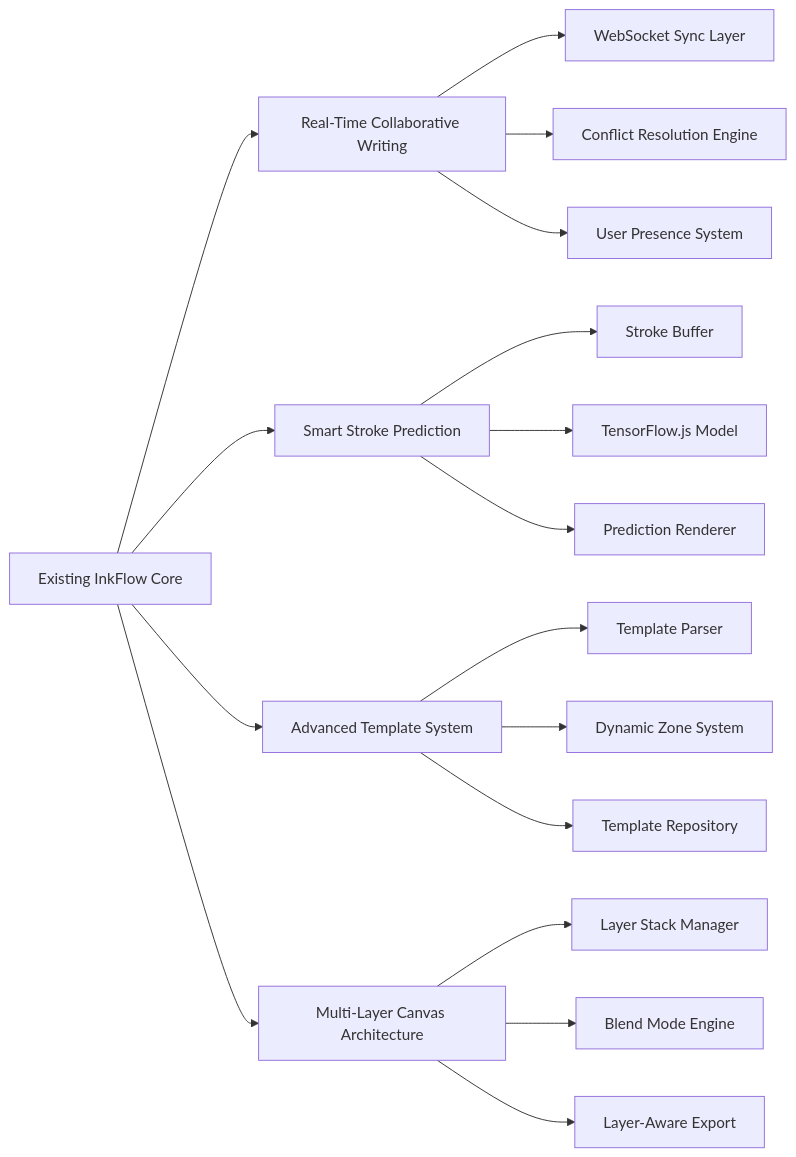
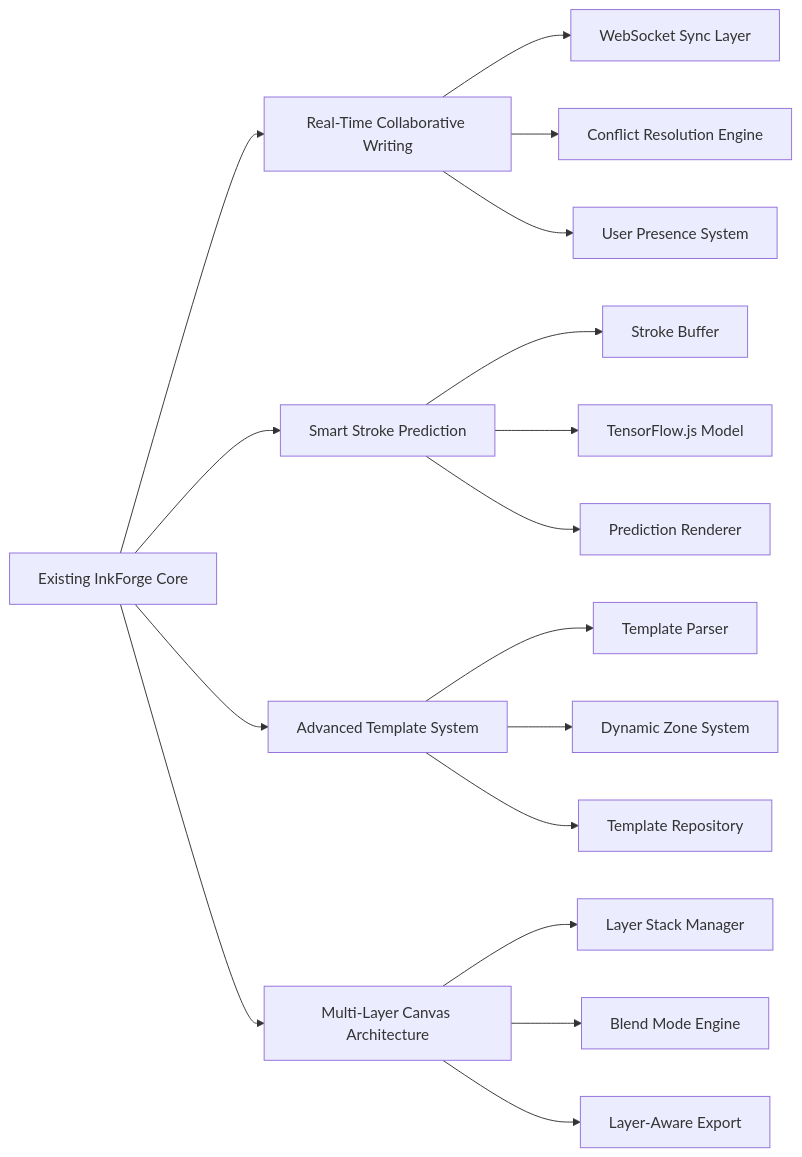
The second of 6 diagrams in .kiro/specs/advanced-inkforge-features/design.md (VIPHACKER100/InkForge), drawn with Mermaid before and after one commit. The commit also changed other lines of this file and 83 other files, not shown here.

Commit message:
feat: major update - InkForge rebrand, AI, docs, tests, and more

````diff
--- a/.kiro/specs/advanced-inkforge-features/design.md
+++ b/.kiro/specs/advanced-inkforge-features/design.md
@@ -86,23 +86,23 @@
 ```mermaid
 graph LR
-    A[Existing InkFlow Core] --> B[Real-Time Collaborative Writing]
+    A[Existing InkForge Core] --> B[Real-Time Collaborative Writing]
     A --> C[Smart Stroke Prediction]
     A --> D[Advanced Template System]
     A --> E[Multi-Layer Canvas Architecture]
     
     B --> F[WebSocket Sync Layer]
     B --> G[Conflict Resolution Engine]
     B --> H[User Presence System]
     
     C --> I[Stroke Buffer]
     C --> J[TensorFlow.js Model]
     C --> K[Prediction Renderer]
     
     D --> L[Template Parser]
     D --> M[Dynamic Zone System]
     D --> N[Template Repository]
     
     E --> O[Layer Stack Manager]
     E --> P[Blend Mode Engine]
     E --> Q[Layer-Aware Export]
 ```
````
